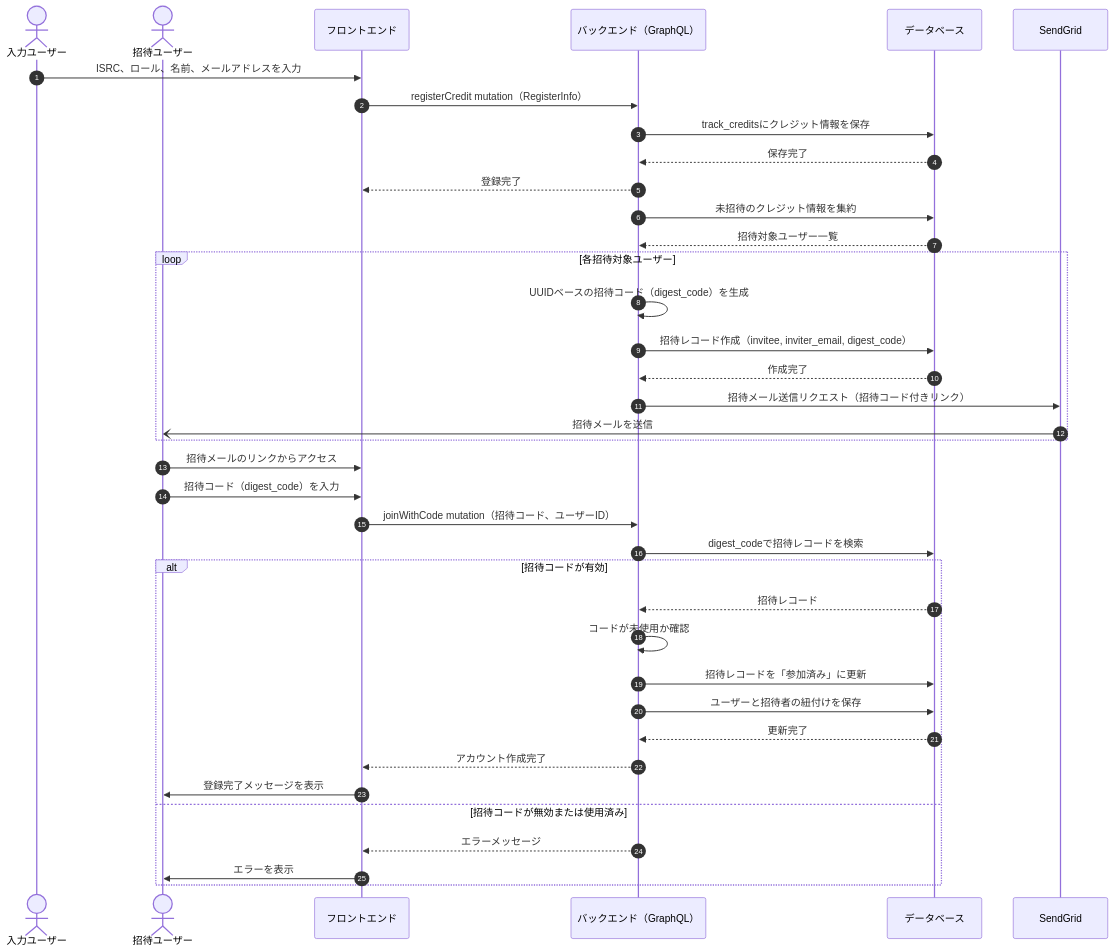
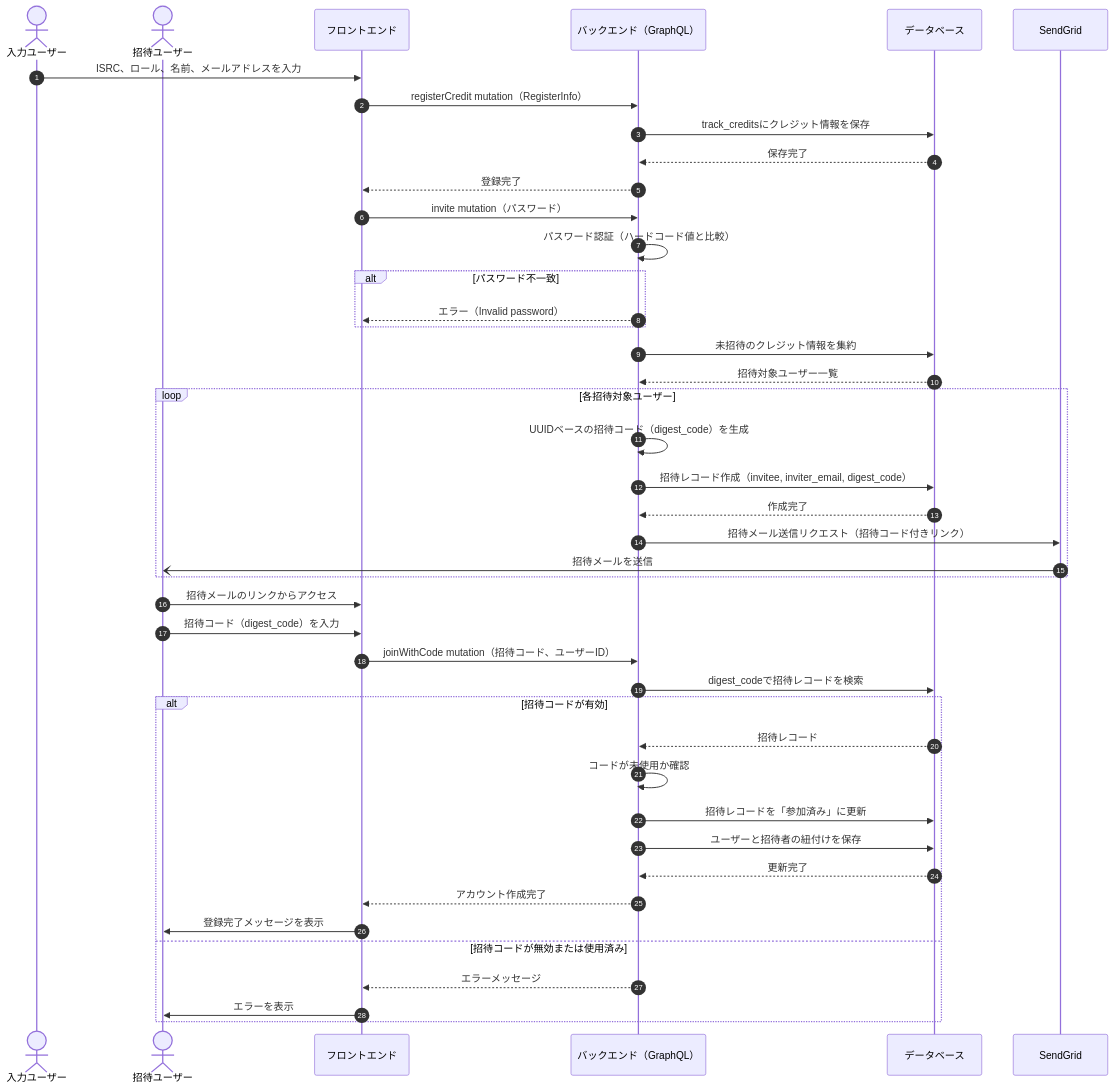
Diagram 12 of 13 in docs/sequence-diagrams.md (sc-hosokawa/frienda), drawn with Mermaid before and after one commit. The commit also changed other lines of this file, not shown here.

Commit message:
docs: 招待フローにパスワード認証ステップを追加
invitation_usecase.rsのinviteメソッドにハードコードされた
パスワード認証（"friendshipdao"との比較）が存在するため、
シーケンス図に認証ステップとエラー分岐を追加。

````diff
--- a/docs/sequence-diagrams.md
+++ b/docs/sequence-diagrams.md
@@ -530,49 +530,55 @@
 ```mermaid
 sequenceDiagram
     autonumber
 
     actor 入力ユーザー
     actor 招待ユーザー
     participant フロントエンド
     participant バックエンド as バックエンド（GraphQL）
     participant データベース
     participant SendGrid
 
     %% クレジット情報登録
     入力ユーザー->>フロントエンド: ISRC、ロール、名前、メールアドレスを入力
     フロントエンド->>バックエンド: registerCredit mutation（RegisterInfo）
     バックエンド->>データベース: track_creditsにクレジット情報を保存
     データベース-->>バックエンド: 保存完了
     バックエンド-->>フロントエンド: 登録完了
 
-    %% 招待処理
+    %% 招待処理（invite関数の実行）
+    フロントエンド->>バックエンド: invite mutation（パスワード）
+    バックエンド->>バックエンド: パスワード認証（ハードコード値と比較）
+    alt パスワード不一致
+        バックエンド-->>フロントエンド: エラー（Invalid password）
+    end
+
     バックエンド->>データベース: 未招待のクレジット情報を集約
     データベース-->>バックエンド: 招待対象ユーザー一覧
 
     loop 各招待対象ユーザー
         バックエンド->>バックエンド: UUIDベースの招待コード（digest_code）を生成
         バックエンド->>データベース: 招待レコード作成（invitee, inviter_email, digest_code）
         データベース-->>バックエンド: 作成完了
         バックエンド->>SendGrid: 招待メール送信リクエスト（招待コード付きリンク）
         SendGrid-)招待ユーザー: 招待メールを送信
     end
 
     %% アカウント作成
     招待ユーザー->>フロントエンド: 招待メールのリンクからアクセス
     招待ユーザー->>フロントエンド: 招待コード（digest_code）を入力
     フロントエンド->>バックエンド: joinWithCode mutation（招待コード、ユーザーID）
 
     バックエンド->>データベース: digest_codeで招待レコードを検索
     alt 招待コードが有効
         データベース-->>バックエンド: 招待レコード
         バックエンド->>バックエンド: コードが未使用か確認
         バックエンド->>データベース: 招待レコードを「参加済み」に更新
         バックエンド->>データベース: ユーザーと招待者の紐付けを保存
         データベース-->>バックエンド: 更新完了
         バックエンド-->>フロントエンド: アカウント作成完了
         フロントエンド->>招待ユーザー: 登録完了メッセージを表示
     else 招待コードが無効または使用済み
         バックエンド-->>フロントエンド: エラーメッセージ
         フロントエンド->>招待ユーザー: エラーを表示
     end
 ```
````
